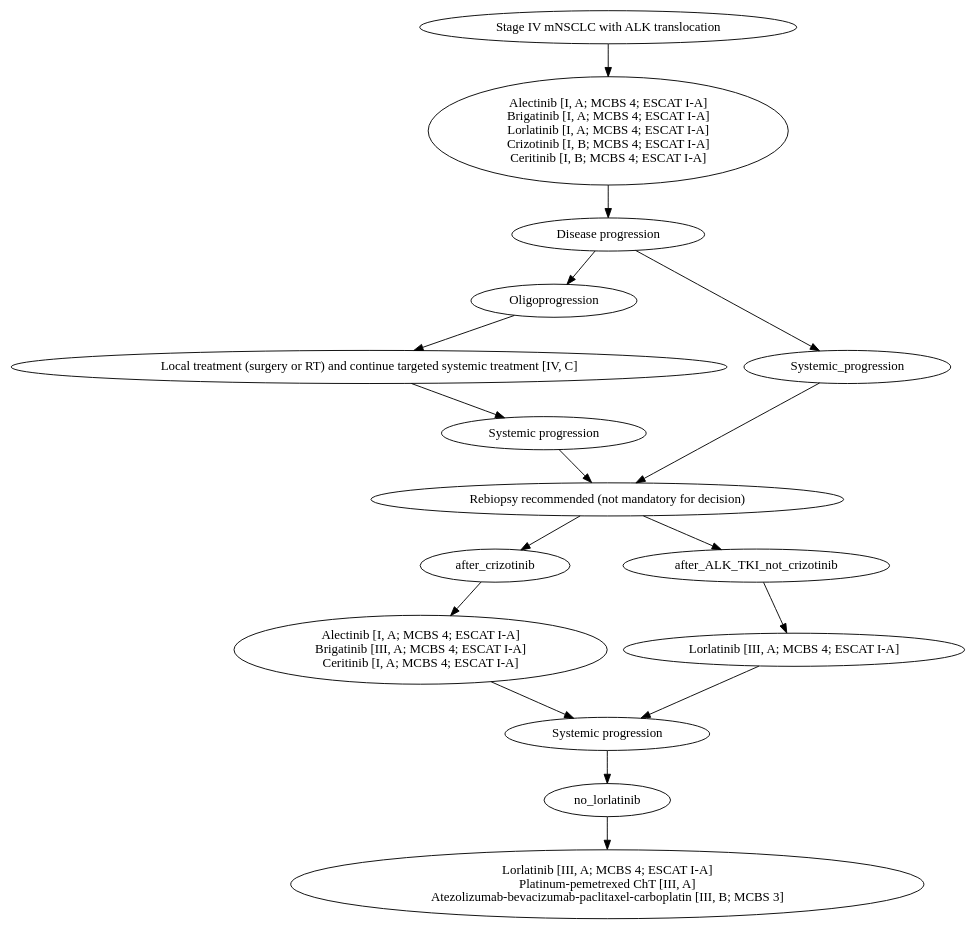
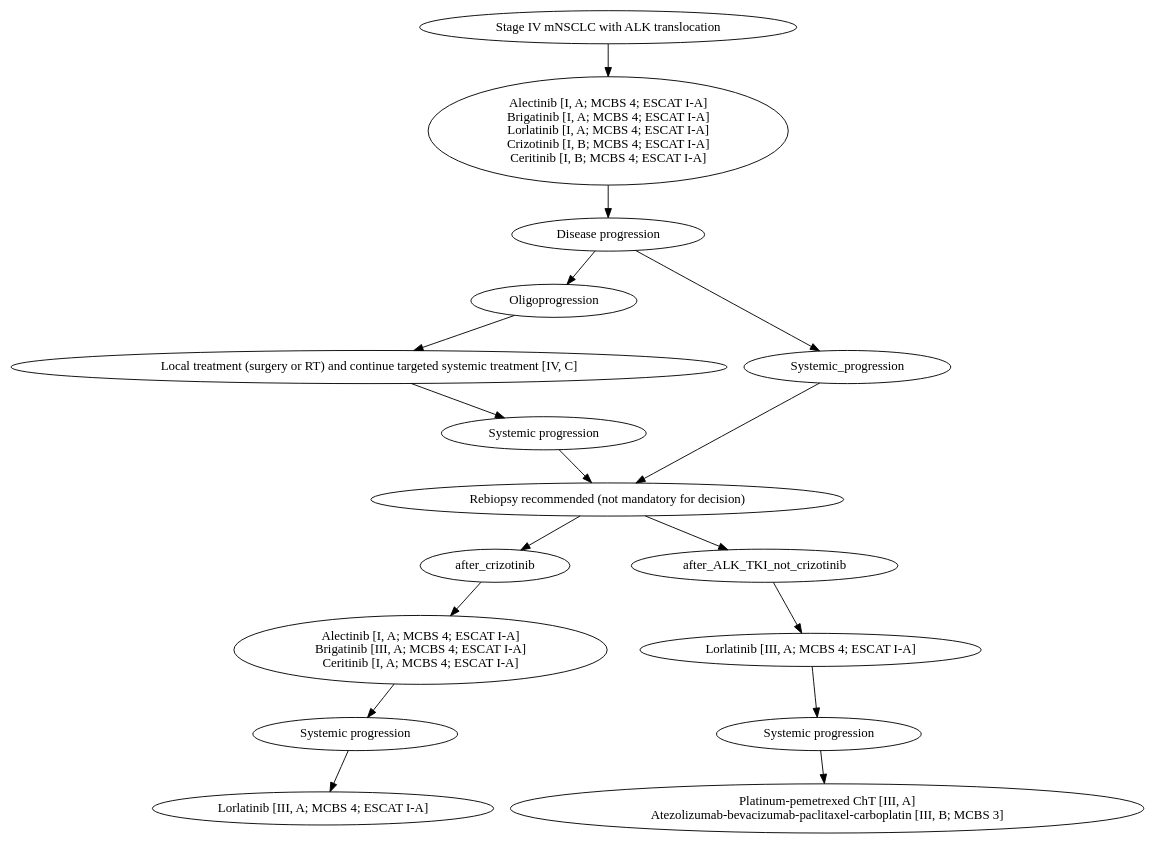
The diagram in mnsclc/dot/mnsclc_alk.dot (djhshih/dgraph-esmo), drawn with Graphviz before and after one commit. The commit also changed 2 other files, not shown here.

Commit message:
Mnaual edits for mnsclc_alk decision graph

```diff
--- a/mnsclc/dot/mnsclc_alk.dot
+++ b/mnsclc/dot/mnsclc_alk.dot
@@ -1,34 +1,43 @@
 digraph G {
     a [label="Stage IV mNSCLC with ALK translocation"];
     b [label="Alectinib [I, A; MCBS 4; ESCAT I-A]\nBrigatinib [I, A; MCBS 4; ESCAT I-A]\nLorlatinib [I, A; MCBS 4; ESCAT I-A]\nCrizotinib [I, B; MCBS 4; ESCAT I-A]\nCeritinib [I, B; MCBS 4; ESCAT I-A]"];
     c [label="Disease progression"];
     d [label="Oligoprogression"];
     e [label="Systemic_progression"];
     f [label="Local treatment (surgery or RT) and continue targeted systemic treatment [IV, C]"];
     g [label="Systemic progression"];
     h [label="Rebiopsy recommended (not mandatory for decision)"];
     i [label="after_crizotinib"];
     j [label="Alectinib [I, A; MCBS 4; ESCAT I-A]\nBrigatinib [III, A; MCBS 4; ESCAT I-A]\nCeritinib [I, A; MCBS 4; ESCAT I-A]"];
     k [label="after_ALK_TKI_not_crizotinib"];
     l [label="Lorlatinib [III, A; MCBS 4; ESCAT I-A]"];
-    m [label="Systemic progression"];
-    n [label="no_lorlatinib"];
-    o [label="Lorlatinib [III, A; MCBS 4; ESCAT I-A]\nPlatinum-pemetrexed ChT [III, A]\nAtezolizumab-bevacizumab-paclitaxel-carboplatin [III, B; MCBS 3]"];
+    
+    // Split systemic progression nodes to separate the two distinct history pathways
+    m1 [label="Systemic progression"];
+    m2 [label="Systemic progression"];
+    
+    // Split final nodes based on lorlatinib prescription path
+    o1 [label="Lorlatinib [III, A; MCBS 4; ESCAT I-A]"];
+    o2 [label="Platinum-pemetrexed ChT [III, A]\nAtezolizumab-bevacizumab-paclitaxel-carboplatin [III, B; MCBS 3]"];
 
     a -> b;
     b -> c;
     c -> d;
     c -> e;
     d -> f;
     f -> g;
     g -> h;
     e -> h;
     h -> i;
     h -> k;
     i -> j;
     k -> l;
-    j -> m;
-    l -> m;
-    m -> n;
-    n -> o;
+    
+    // Pathway 1: After Crizotinib -> Non-Lorlatinib TKIs -> Systemic Progression -> Lorlatinib
+    j -> m1;
+    m1 -> o1;
+    
+    // Pathway 2: After other TKI -> Lorlatinib -> Systemic Progression -> Chemotherapy regimens
+    l -> m2;
+    m2 -> o2;
 }
```
